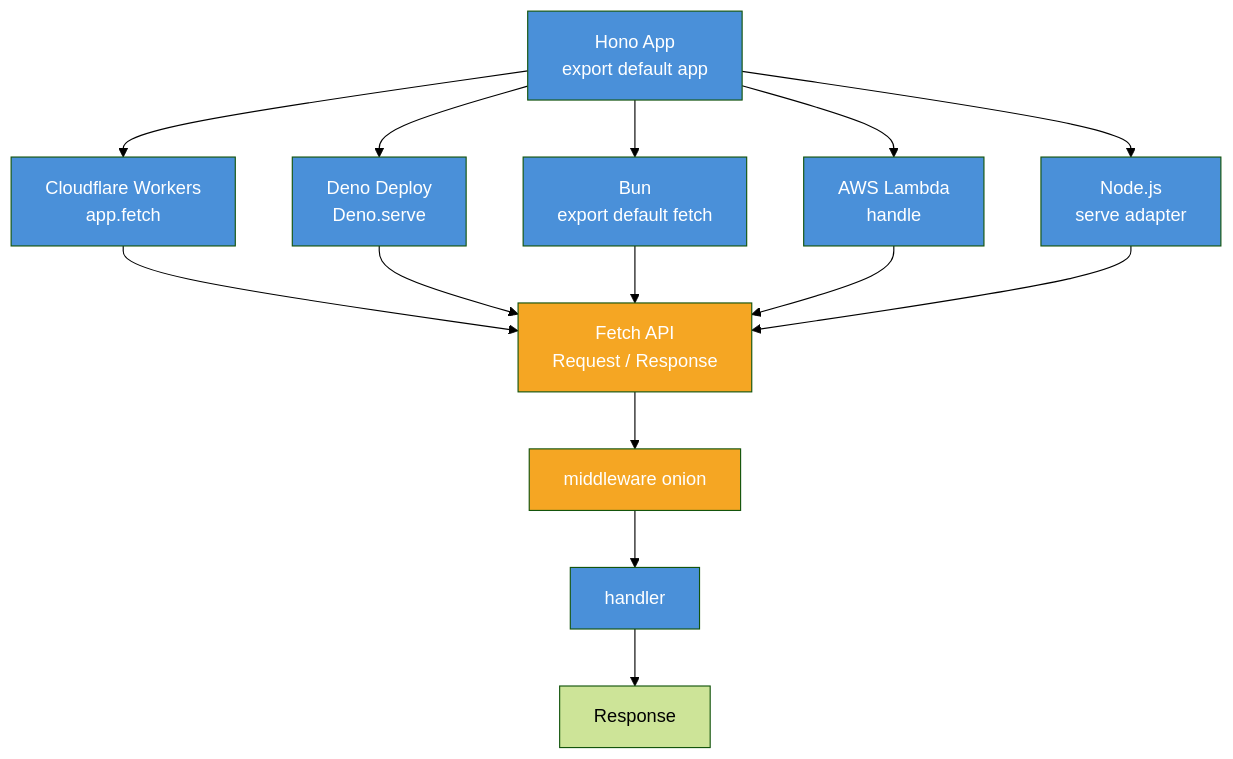
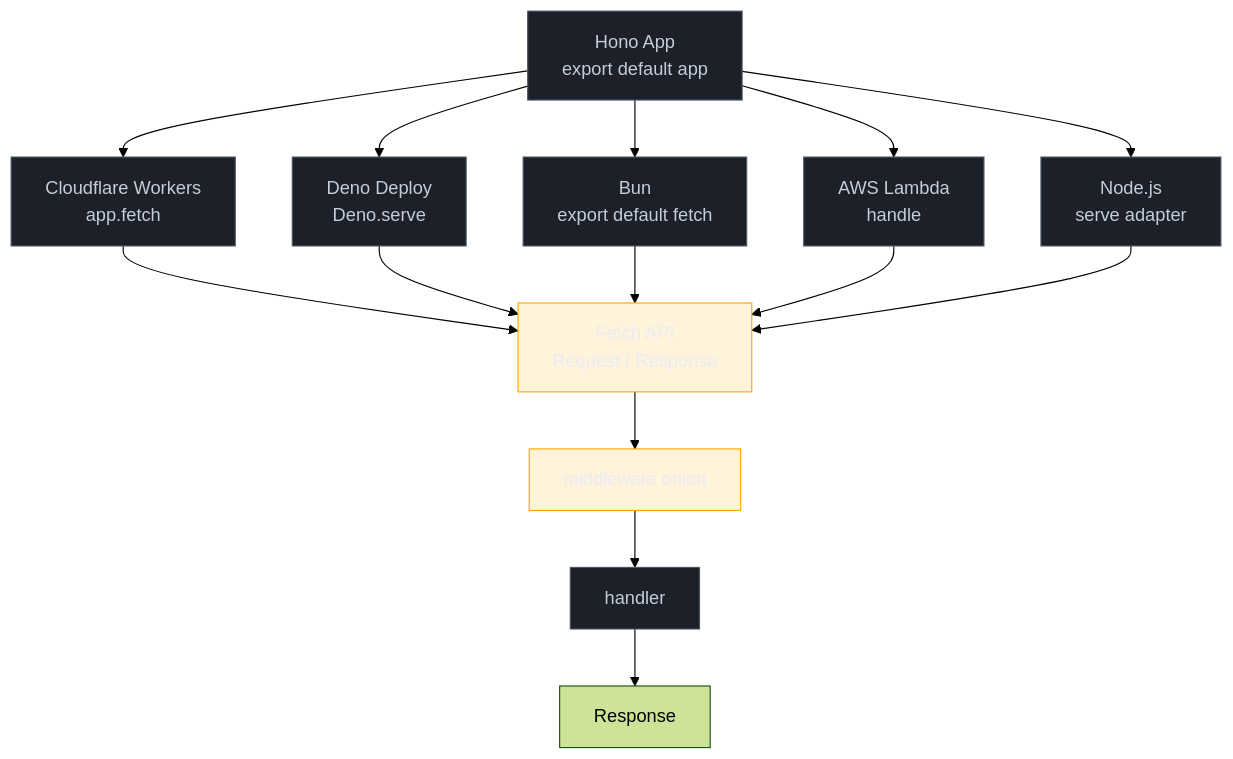
The diagram in 03-Dominios/Tecnologia/Node/Frameworks e arquitetura/06 - Hono e edge runtimes.md (josenaldo/codex-technomanticus), drawn with Mermaid (forest theme) before and after one commit. The commit also changed 1181 other files, not shown here.

First line of the commit message:
fix(diagramas): paleta do sistema no lugar de cor cravada no markdown

````diff
--- a/03-Dominios/Tecnologia/Node/Frameworks e arquitetura/06 - Hono e edge runtimes.md
+++ b/03-Dominios/Tecnologia/Node/Frameworks e arquitetura/06 - Hono e edge runtimes.md
@@ -38,28 +38,30 @@
 ```mermaid
 graph TD
+    classDef neutro fill:#1B2029,stroke:#4E5666,color:#C6CCD8
+    classDef destaque fill:#FFAA0024,stroke:#FFAA00,color:#E9ECF2
     HO[Hono App\nexport default app] --> CF[Cloudflare Workers\napp.fetch]
     HO --> DN[Deno Deploy\nDeno.serve]
     HO --> BN[Bun\nexport default fetch]
     HO --> LA[AWS Lambda\nhandle]
     HO --> ND[Node.js\nserve adapter]
 
     CF --> FA[Fetch API\nRequest / Response]
     DN --> FA
     BN --> FA
     LA --> FA
     ND --> FA
 
     FA --> MW[middleware onion]
     MW --> HD[handler]
     HD --> RS[Response]
 
-    style HO fill:#4A90D9,color:#fff
-    style FA fill:#F5A623,color:#fff
-    style CF fill:#4A90D9,color:#fff
-    style DN fill:#4A90D9,color:#fff
-    style BN fill:#4A90D9,color:#fff
-    style LA fill:#4A90D9,color:#fff
-    style ND fill:#4A90D9,color:#fff
-    style MW fill:#F5A623,color:#fff
-    style HD fill:#4A90D9,color:#fff
+    class HO neutro
+    class FA destaque
+    class CF neutro
+    class DN neutro
+    class BN neutro
+    class LA neutro
+    class ND neutro
+    class MW destaque
+    class HD neutro
 ```
````
